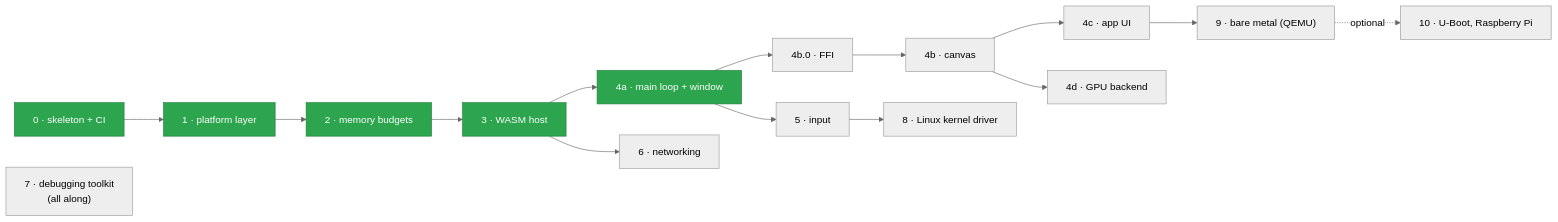
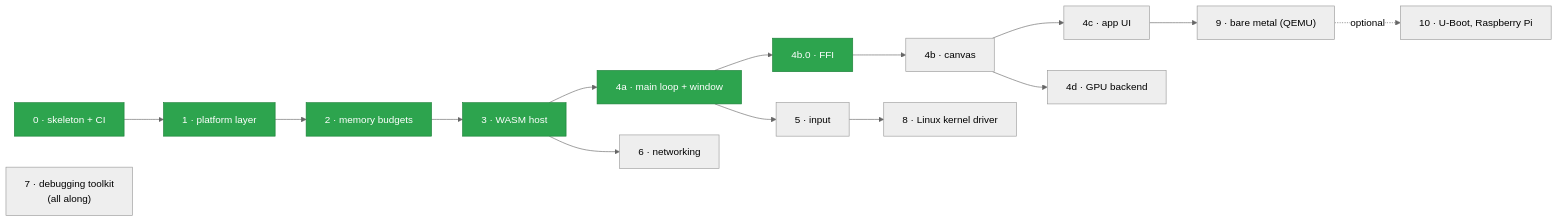
Before and after one commit to arinal/mim: the third of 3 diagrams in README.md, drawn with Mermaid (neutral theme). The commit also changed other lines of this file, not shown here.

````diff
--- a/README.md
+++ b/README.md
@@ -149,15 +151,15 @@
 ```mermaid
 flowchart LR
     S0["0 · skeleton + CI"] --> S1["1 · platform layer"] --> S2["2 · memory budgets"] --> S3["3 · WASM host"]
     S3 --> S4a["4a · main loop + window"] --> S4b0["4b.0 · FFI"] --> S4b["4b · canvas"] --> S4c["4c · app UI"]
     S4b --> S4d["4d · GPU backend"]
     S4a --> S5["5 · input"]
     S3 --> S6["6 · networking"]
     S5 --> S8["8 · Linux kernel driver"]
     S4c --> S9["9 · bare metal (QEMU)"]
     S9 -.optional.-> S10["10 · U-Boot, Raspberry Pi"]
     S7["7 · debugging toolkit<br/>(all along)"]
 
     classDef done fill:#2da44e,stroke:#1a7f37,color:#fff
-    class S0,S1,S2,S3,S4a done
+    class S0,S1,S2,S3,S4a,S4b0 done
 ```
````
